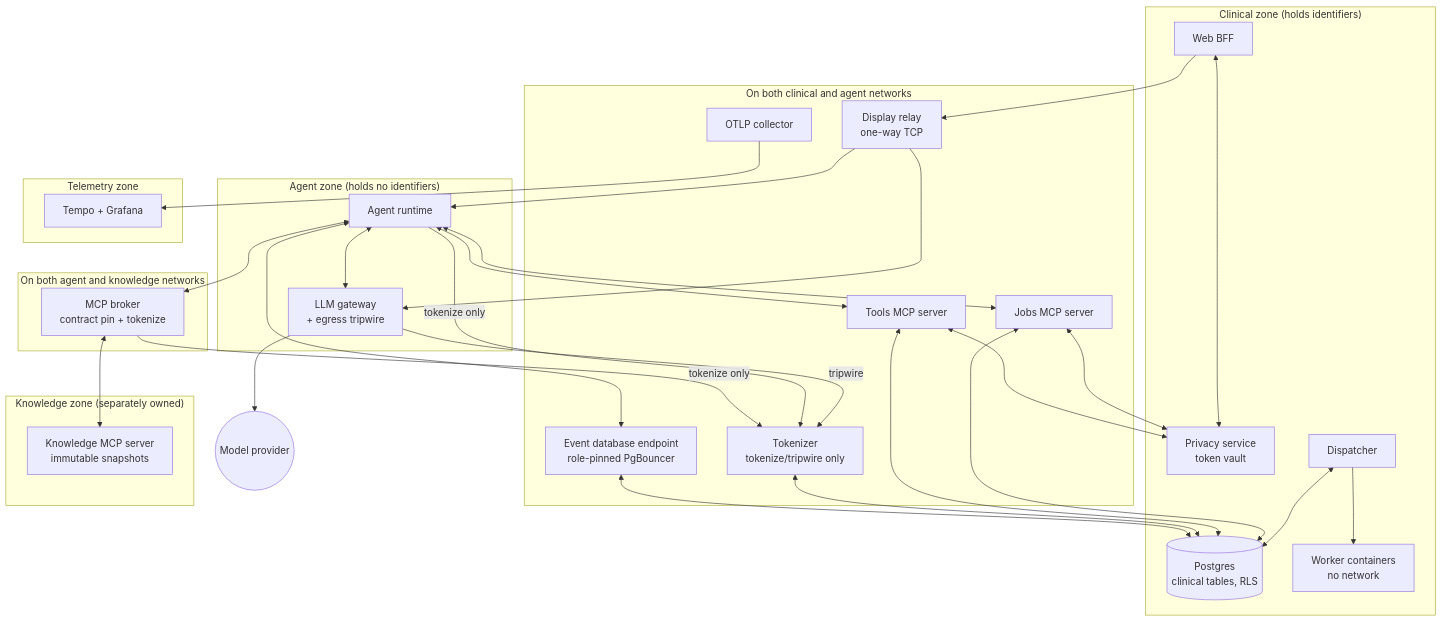
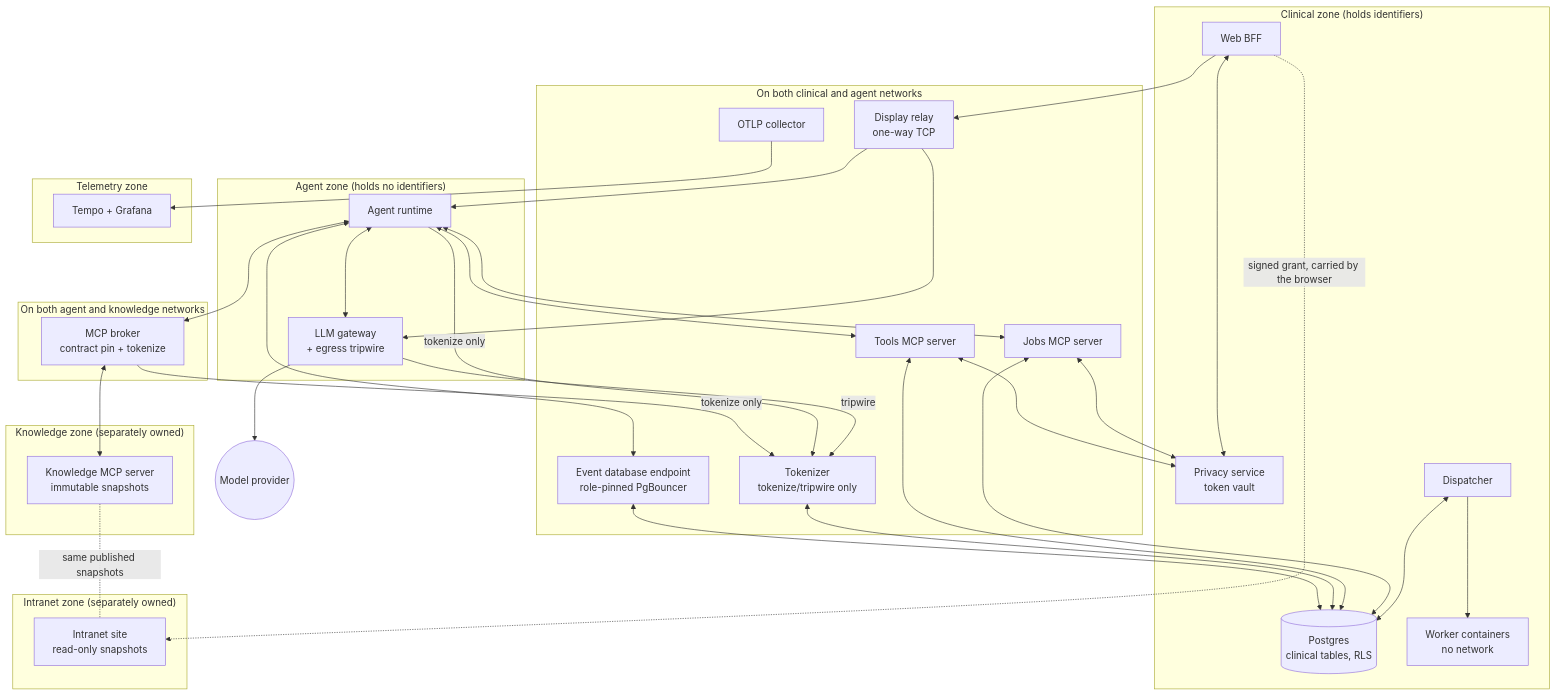
Before and after one commit to w9/zagent: the second of 2 diagrams in docs/ARCHITECTURE.md, drawn with Mermaid. The commit also changed other lines of this file and 9 other files, not shown here.

````diff
--- a/docs/ARCHITECTURE.md
+++ b/docs/ARCHITECTURE.md
@@ -212,55 +213,60 @@
 ```mermaid
 graph TB
     subgraph clinical["Clinical zone (holds identifiers)"]
         WEB[Web BFF]
         PRIV[Privacy service<br/>token vault]
         DB[(Postgres<br/>clinical tables, RLS)]
         DISP[Dispatcher]
         JOBS[Worker containers<br/>no network]
     end
     subgraph bridge["On both clinical and agent networks"]
         TOOLS[Tools MCP server]
         JMCP[Jobs MCP server]
         TOK[Tokenizer<br/>tokenize/tripwire only]
         LOG[Event database endpoint<br/>role-pinned PgBouncer]
         RELAY[Display relay<br/>one-way TCP]
         OTEL[OTLP collector]
     end
     subgraph agent["Agent zone (holds no identifiers)"]
         RT[Agent runtime]
         LLM[LLM gateway<br/>+ egress tripwire]
     end
     subgraph bridgeKnowledge["On both agent and knowledge networks"]
         BRK[MCP broker<br/>contract pin + tokenize]
     end
     subgraph knowledge["Knowledge zone (separately owned)"]
         KB[Knowledge MCP server<br/>immutable snapshots]
     end
+    subgraph intranet["Intranet zone (separately owned)"]
+        SITE[Intranet site<br/>read-only snapshots]
+    end
     subgraph telemetry["Telemetry zone"]
         TEMPO[Tempo + Grafana]
     end
     EXT((Model provider))
     WEB --> RELAY
     RELAY --> RT
     RELAY --> LLM
     WEB <--> PRIV
     RT <--> LLM
     RT <--> TOOLS
     RT <--> JMCP
     RT <--> LOG
     LOG <--> DB
     RT <--> BRK
     BRK <--> KB
+    KB -. same published snapshots .- SITE
+    WEB -. signed grant, carried by the browser .-> SITE
     BRK -->|tokenize only| TOK
     RT -->|tokenize only| TOK
     LLM -->|tripwire| TOK
     TOK <--> DB
     TOOLS <--> PRIV
     TOOLS <--> DB
     JMCP <--> PRIV
     JMCP <--> DB
     DISP --> JOBS
     DISP <--> DB
     LLM --> EXT
     OTEL --> TEMPO
 ```
````
